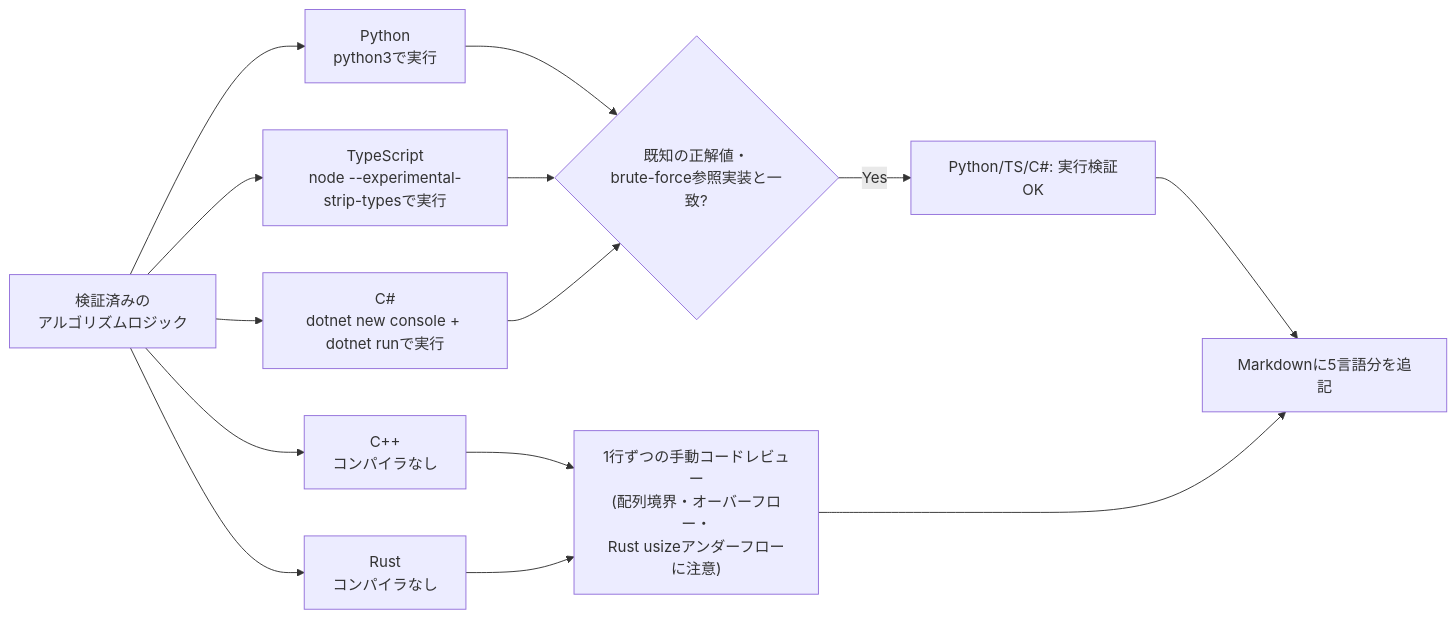
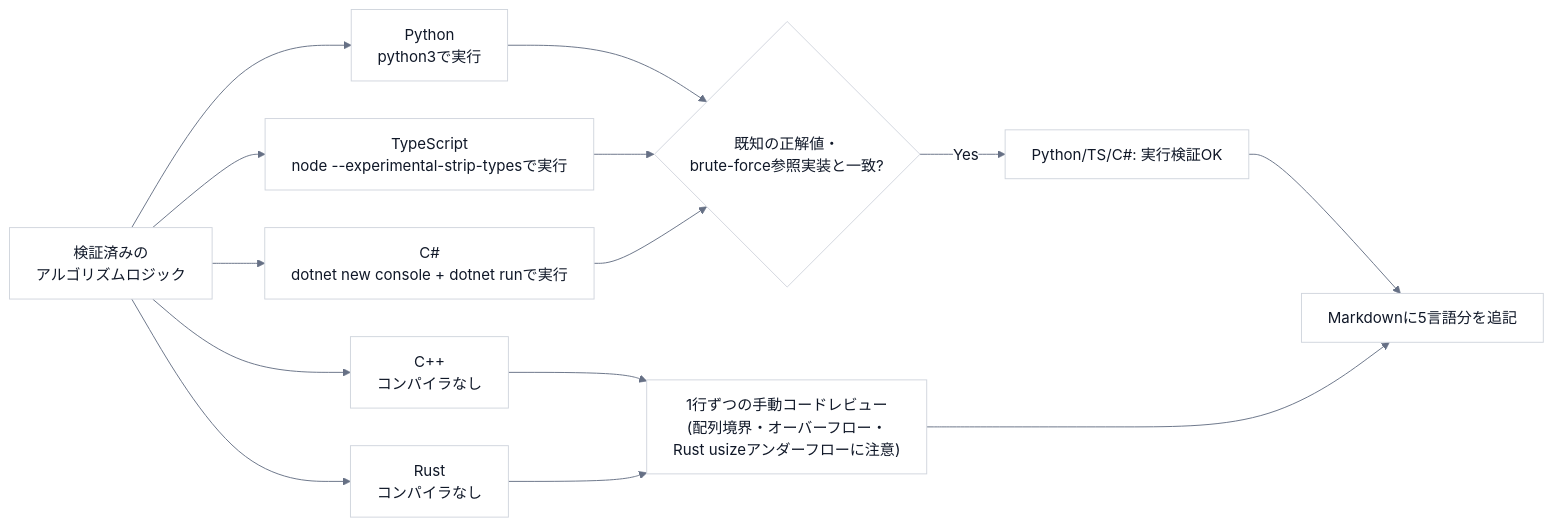
One commit to manato1201/The-Algorithm-Illustrated changed the fifth of 6 diagrams in docs/architecture.md. Above: the diagram before and after it, drawn with Mermaid. The commit also changed other lines of this file and 26 other files, not shown here.

Commit message:
講義 6 回・学習資料・構成図・文書の検査を追加し、README を入口に整理する

````diff
--- a/docs/architecture.md
+++ b/docs/architecture.md
@@ -100,13 +104,14 @@
 ```mermaid
+%%{init: {"theme":"base","fontFamily":"Noto Sans JP, Hiragino Sans, Meiryo, sans-serif","themeVariables":{"fontFamily":"Noto Sans JP, Hiragino Sans, Meiryo, sans-serif","primaryColor":"#ffffff","primaryBorderColor":"#d0d5dd","primaryTextColor":"#101828","lineColor":"#667085","clusterBkg":"#f2f4f7","clusterBorder":"#d0d5dd","edgeLabelBackground":"#ffffff"},"flowchart":{"wrappingWidth":480,"nodeSpacing":40,"rankSpacing":56,"padding":14},"sequence":{"mirrorActors":false,"wrap":false,"width":150,"actorMargin":30,"messageMargin":34}}}%%
 flowchart LR
     LOGIC["検証済みの<br/>アルゴリズムロジック"] --> PY["Python<br/>python3で実行"]
     LOGIC --> TS["TypeScript<br/>node --experimental-strip-typesで実行"]
     LOGIC --> CS["C#<br/>dotnet new console + dotnet runで実行"]
     PY & TS & CS --> COMPARE{"既知の正解値・<br/>brute-force参照実装と一致?"}
     COMPARE -->|Yes| VERIFIED["Python/TS/C#: 実行検証OK"]
     LOGIC --> CPP["C++<br/>コンパイラなし"]
     LOGIC --> RUST["Rust<br/>コンパイラなし"]
     CPP & RUST --> REVIEW["1行ずつの手動コードレビュー<br/>(配列境界・オーバーフロー・<br/>Rust usizeアンダーフローに注意)"]
     VERIFIED --> MD["Markdownに5言語分を追記"]
     REVIEW --> MD
 ```
````
